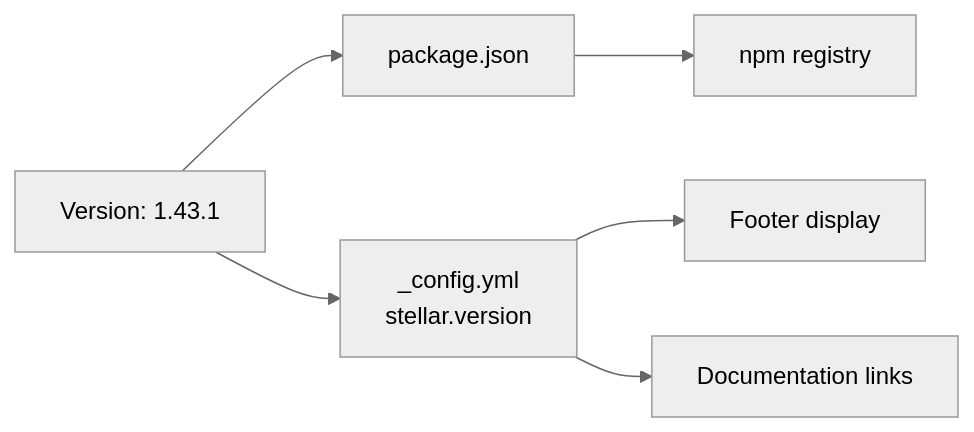
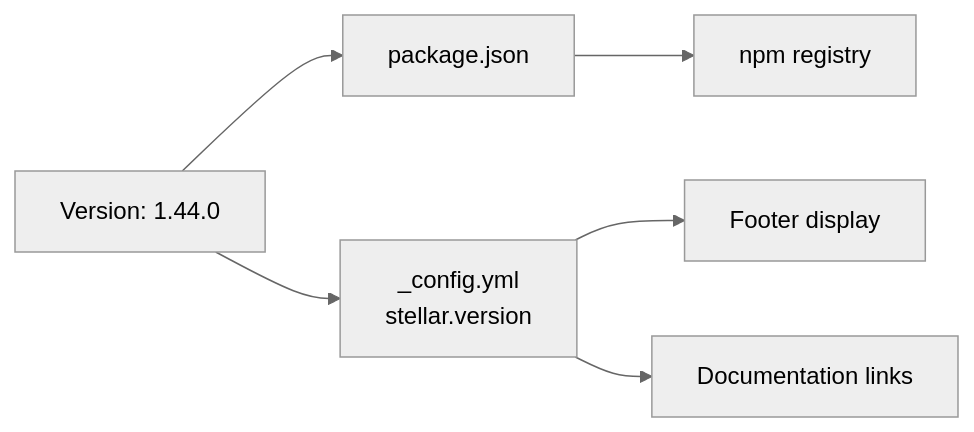
The fifth of 5 diagrams in themes/stellar/docs/knowledge/00-总览与安装配置/installation.md (penndu/hexo), drawn with Mermaid (neutral theme) before and after one commit. The commit also changed other lines of this file and 14 other files, not shown here.

````diff
--- a/themes/stellar/docs/knowledge/00-总览与安装配置/installation.md
+++ b/themes/stellar/docs/knowledge/00-总览与安装配置/installation.md
@@ -373,14 +373,14 @@
 ```mermaid
 graph LR
-    VER["Version: 1.43.1"]
+    VER["Version: 1.44.0"]
     
     PKG["package.json"]
     CONFIG["_config.yml<br/>stellar.version"]
     
     VER --> PKG
     VER --> CONFIG
     
     PKG --> NPM["npm registry"]
     CONFIG --> FOOTER["Footer display"]
     CONFIG --> DOCS["Documentation links"]
 ```
````
